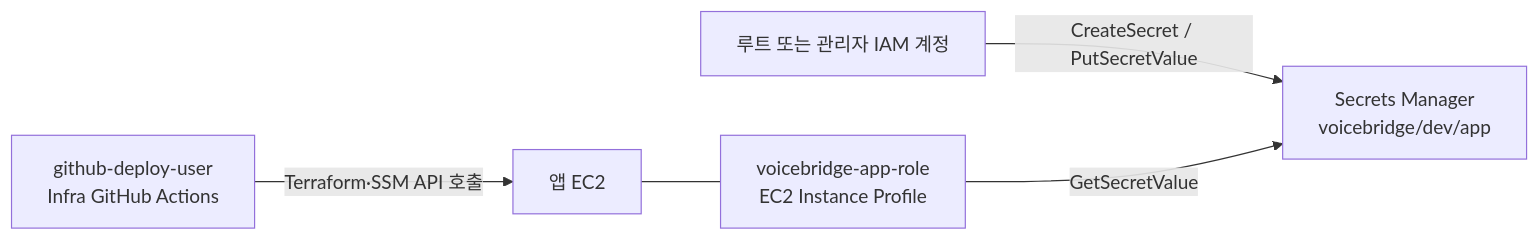
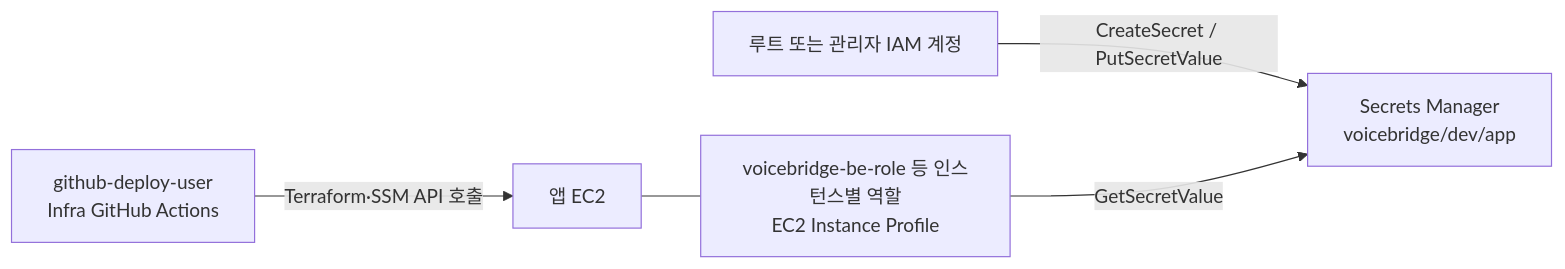
The diagram in docs/concepts/aws-secrets-manager.md (42VoiceBridge/42VoiceBridge_Infra), drawn with Mermaid before and after one commit. The commit also changed other lines of this file and 19 other files, not shown here.

````diff
--- a/docs/concepts/aws-secrets-manager.md
+++ b/docs/concepts/aws-secrets-manager.md
@@ -18,7 +19,7 @@
 ```mermaid
 flowchart LR
     Admin[루트 또는 관리자 IAM 계정] -->|CreateSecret / PutSecretValue| Secret[Secrets Manager<br/>voicebridge/dev/app]
     GitHub[github-deploy-user<br/>Infra GitHub Actions] -->|Terraform·SSM API 호출| EC2[앱 EC2]
-    Role[voicebridge-app-role<br/>EC2 Instance Profile] -->|GetSecretValue| Secret
+    Role[voicebridge-be-role 등 인스턴스별 역할<br/>EC2 Instance Profile] -->|GetSecretValue| Secret
     EC2 --- Role
 ```
````
